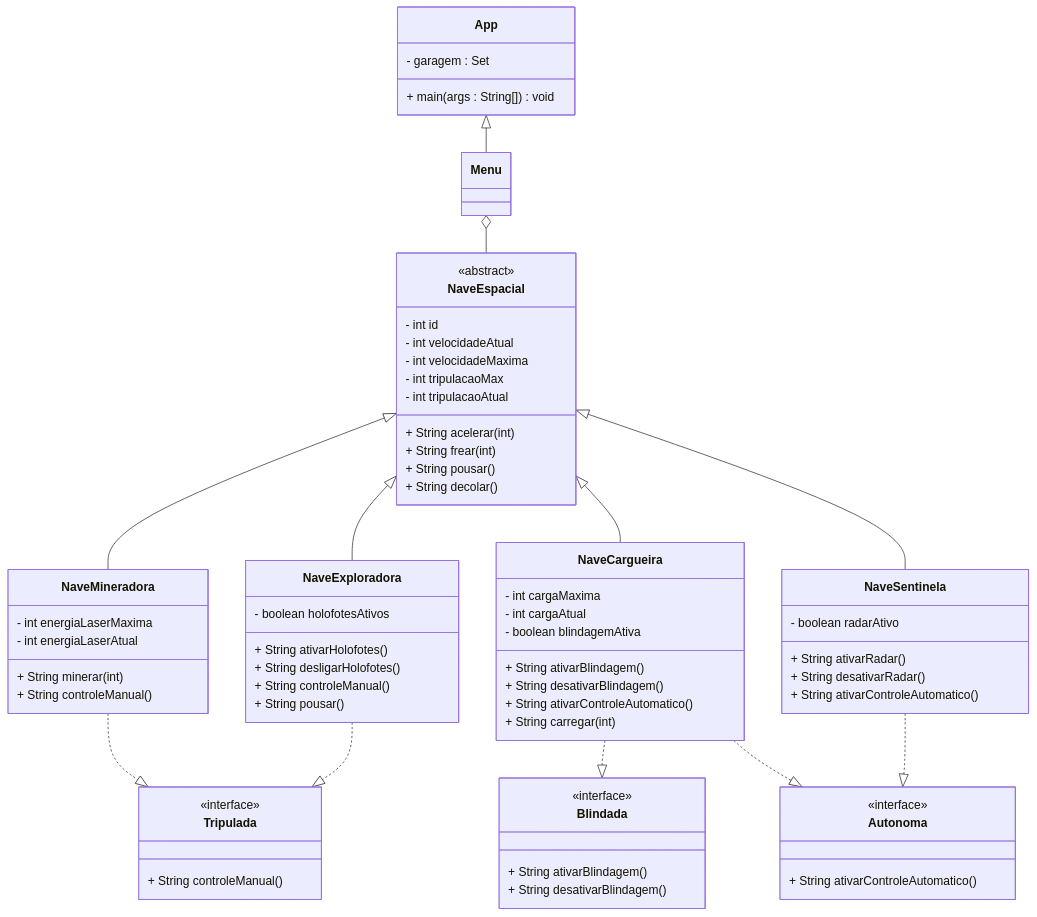
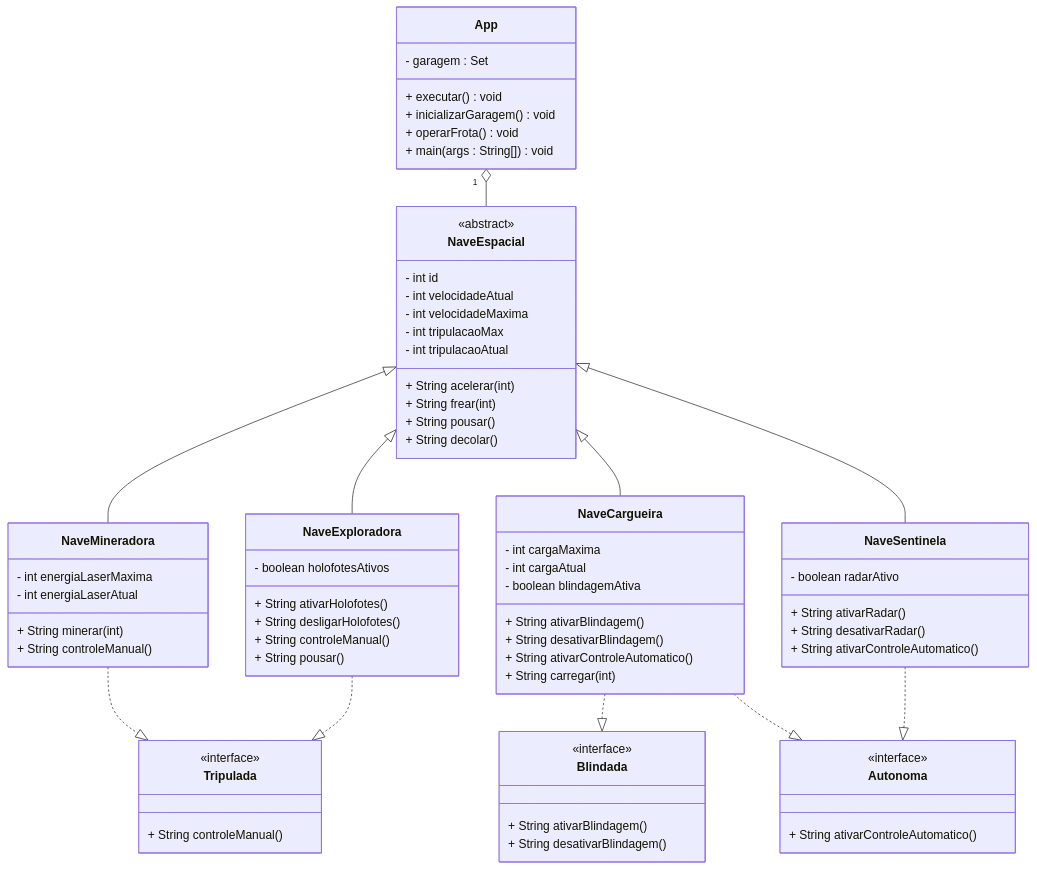
The diagram in readme.md (sergio-prolo-class/lista-4-devdivos), drawn with Mermaid before and after one commit. The commit also changed 9 other files, not shown here.

Commit message:
correção do APP e alteração UML

```diff
--- a/readme.md
+++ b/readme.md
@@ -13,13 +13,14 @@
 classDiagram
 class App {
 - garagem : Set<NaveEspacial>
++ executar() void
++ inicializarGaragem() void
++ operarFrota() void
 + main(args : String[]) void
 }
 
-    class Menu{
-        
-    }
     class NaveEspacial {
+
         <<abstract>>
         - int id
         - int velocidadeAtual
@@ -80,13 +81,11 @@
         + String ativarControleAutomatico()
     }
     
-    App <|-- Menu
-    Menu o-- NaveEspacial
+    App "1" o-- NaveEspacial 
     NaveEspacial <|-- NaveMineradora
     NaveEspacial <|-- NaveExploradora
     NaveEspacial <|-- NaveCargueira
     NaveEspacial <|-- NaveSentinela
-
     NaveMineradora ..|> Tripulada
     NaveExploradora ..|> Tripulada
     NaveCargueira ..|> Blindada
```
